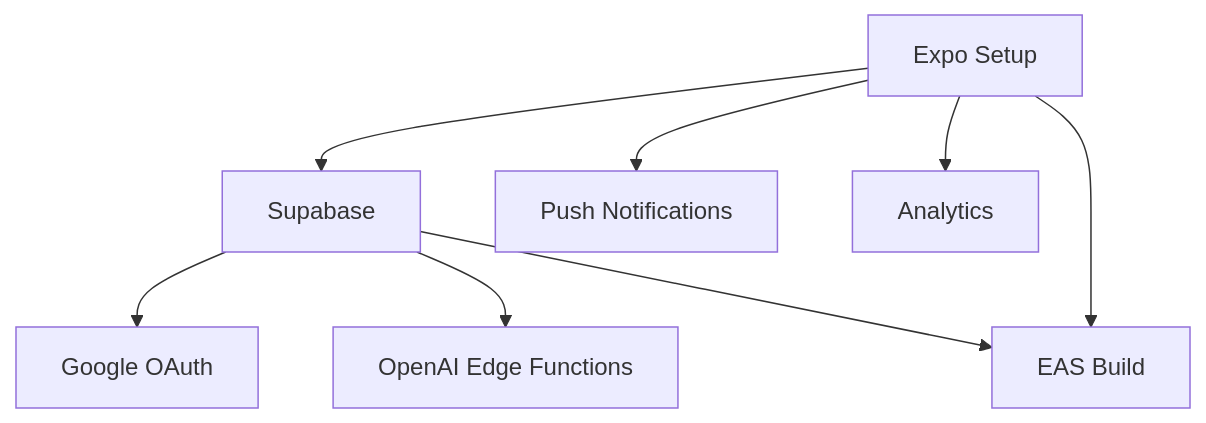
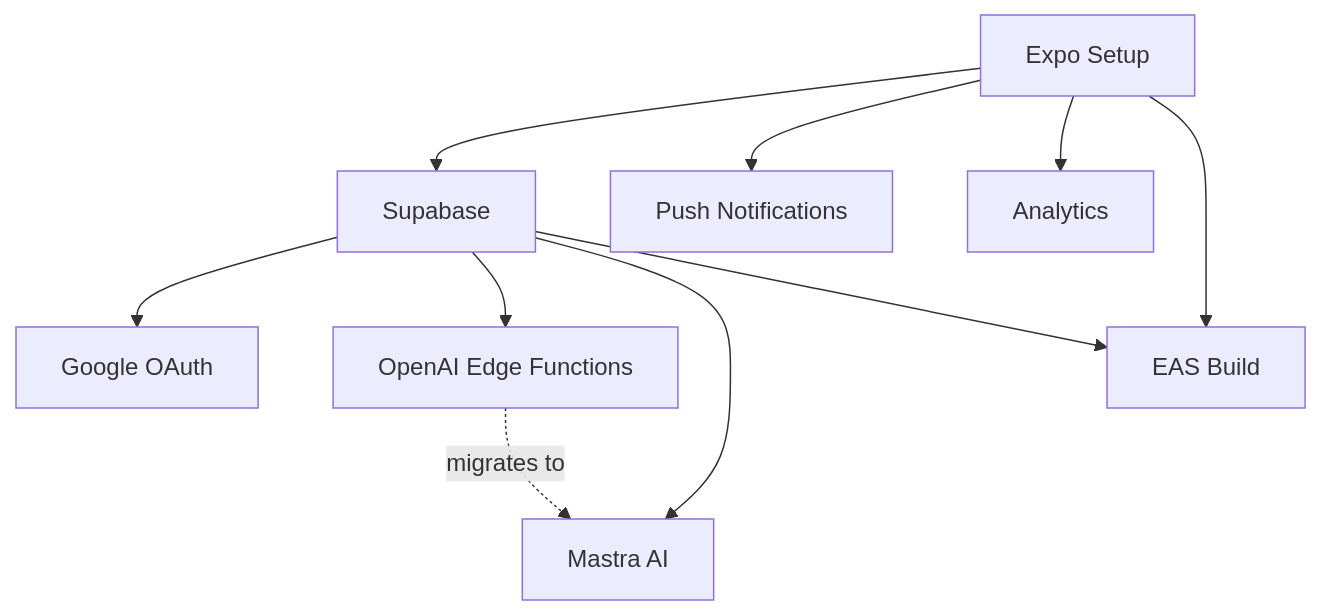
The diagram in ai/guides/README.md (Blinde16/HabitDx), drawn with Mermaid before and after one commit. The commit also changed other lines of this file and 2 other files, not shown here.

````diff
--- a/ai/guides/README.md
+++ b/ai/guides/README.md
@@ -142,10 +160,12 @@
 ```mermaid
 graph TD
     A[Expo Setup] --> B[Supabase]
     B --> C[Google OAuth]
     B --> D[OpenAI Edge Functions]
+    B --> H[Mastra AI]
+    D -.->|migrates to| H
     A --> E[Push Notifications]
     A --> F[Analytics]
     A --> G[EAS Build]
     B --> G
 ```
````
